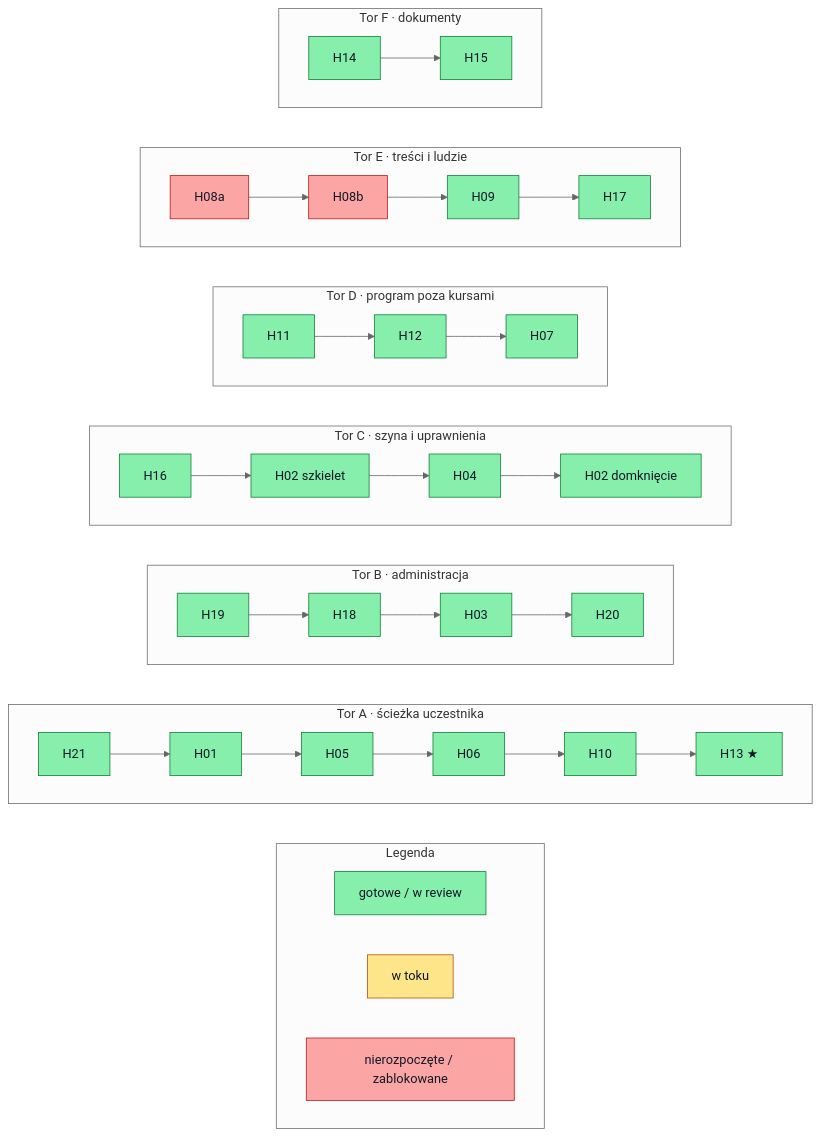
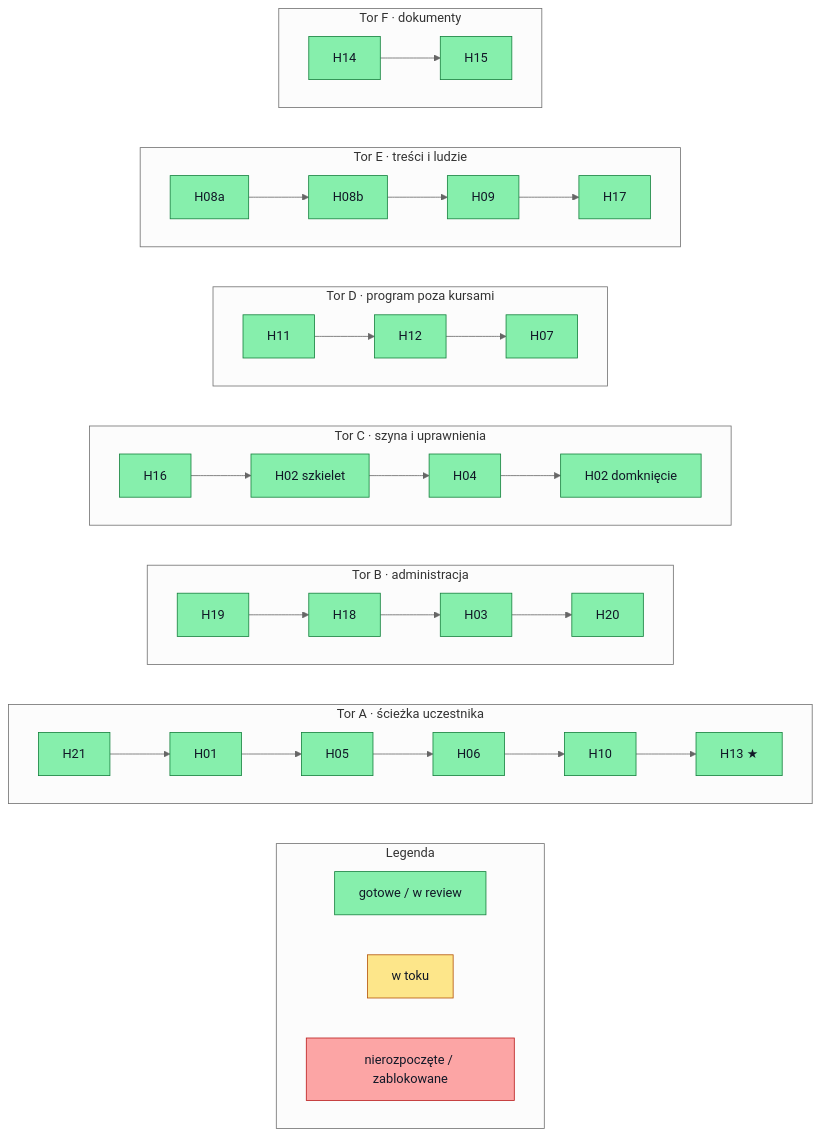
One commit to tomekwilczak/psychon-hackaton changed the fourth of 5 diagrams in docs/hackathon/05-zaleznosci-pakietow.md. Above: the diagram before and after it, drawn with Mermaid (neutral theme). The commit also changed other lines of this file, not shown here.

````diff
--- a/docs/hackathon/05-zaleznosci-pakietow.md
+++ b/docs/hackathon/05-zaleznosci-pakietow.md
@@ -227,37 +227,37 @@
 ```mermaid
 flowchart LR
   classDef done fill:#86efac,stroke:#15803d,color:#111827
   classDef wip fill:#fde68a,stroke:#b45309,color:#111827
   classDef todo fill:#fca5a5,stroke:#b91c1c,color:#111827
 
   subgraph LG["Legenda"]
     direction LR
     L1["gotowe / w review"]:::done
     L2["w toku"]:::wip
     L3["nierozpoczęte / zablokowane"]:::todo
   end
   subgraph TA["Tor A · ścieżka uczestnika"]
     direction LR
     A0["H21"]:::done --> A1["H01"]:::done --> A2["H05"]:::done --> A3["H06"]:::done --> A4["H10"]:::done --> A5["H13 ★"]:::done
   end
   subgraph TB["Tor B · administracja"]
     direction LR
     B0["H19"]:::done --> B1["H18"]:::done --> B2["H03"]:::done --> B3["H20"]:::done
   end
   subgraph TC["Tor C · szyna i uprawnienia"]
     direction LR
     C0["H16"]:::done --> C1["H02 szkielet"]:::done --> C2["H04"]:::done --> C3["H02 domknięcie"]:::done
   end
   subgraph TD["Tor D · program poza kursami"]
     direction LR
     D0["H11"]:::done --> D1["H12"]:::done --> D2["H07"]:::done
   end
   subgraph TE["Tor E · treści i ludzie"]
     direction LR
-    E0["H08a"]:::todo --> E1["H08b"]:::todo --> E2["H09"]:::done --> E3["H17"]:::done
+    E0["H08a"]:::done --> E1["H08b"]:::done --> E2["H09"]:::done --> E3["H17"]:::done
   end
   subgraph TF["Tor F · dokumenty"]
     direction LR
     F0["H14"]:::done --> F1["H15"]:::done
   end
 ```
````
